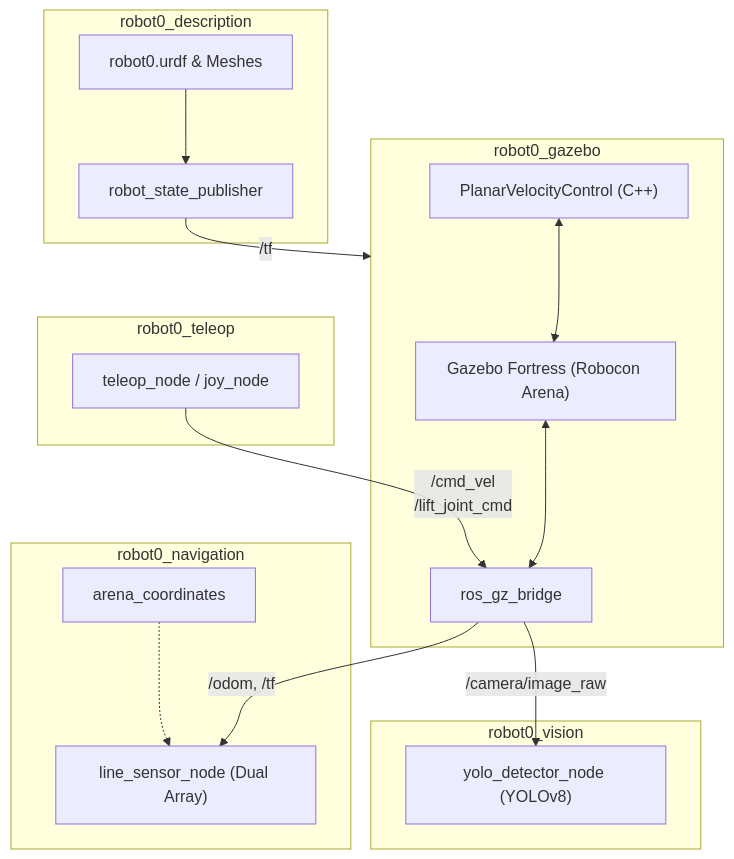
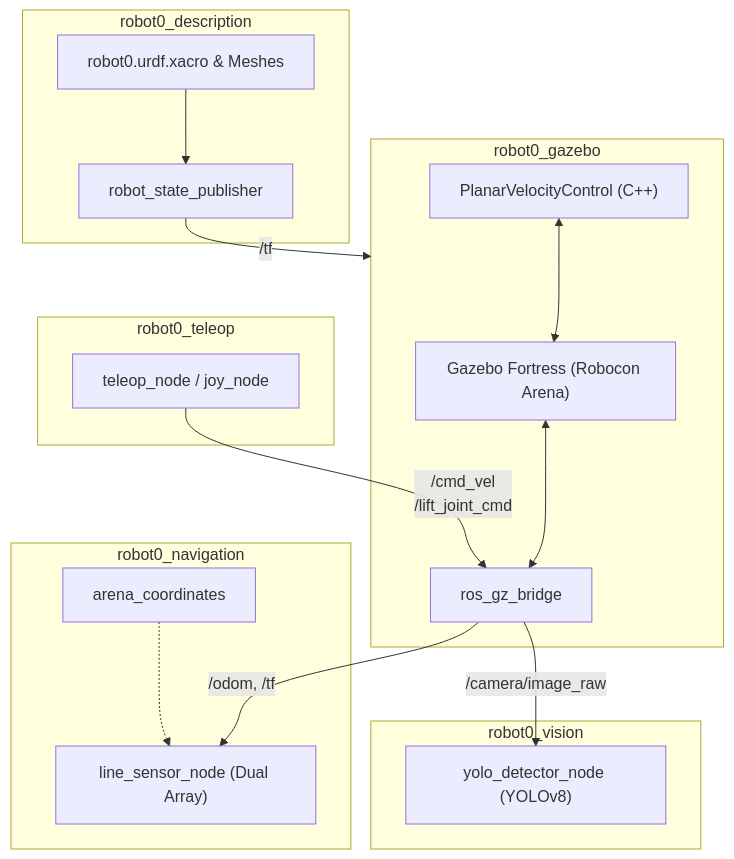
Before and after one commit to vuquan2005/da-cdt: the diagram in README.md, drawn with Mermaid. The commit also changed 25 other files, not shown here.

Commit message:
convert urdf to xacro

````diff
--- a/README.md
+++ b/README.md
@@ -9,36 +9,36 @@
 ```mermaid
 flowchart TD
     subgraph TELEOP["robot0_teleop"]
         Joy["teleop_node / joy_node"]
     end
 
     subgraph SIMULATION["robot0_gazebo"]
         GZ["Gazebo Fortress (Robocon Arena)"]
         Bridge["ros_gz_bridge"]
         Plugin["PlanarVelocityControl (C++)"]
         GZ <--> Bridge
         Plugin <--> GZ
     end
 
     subgraph VISION["robot0_vision"]
         Yolo["yolo_detector_node (YOLOv8)"]
     end
 
     subgraph NAVIGATION["robot0_navigation"]
         LineSensor["line_sensor_node (Dual Array)"]
         ArenaCoords["arena_coordinates"]
     end
 
     subgraph DESCRIPTION["robot0_description"]
-        URDF["robot0.urdf & Meshes"]
+        URDF["robot0.urdf.xacro & Meshes"]
         RSP["robot_state_publisher"]
         URDF --> RSP
     end
 
     %% Luồng điều khiển & Cảm biến
     Joy -->|"/cmd_vel<br/>/lift_joint_cmd"| Bridge
     Bridge -->|"/camera/image_raw"| Yolo
     Bridge -->|"/odom, /tf"| LineSensor
     RSP -->|"/tf"| SIMULATION
     ArenaCoords -.-> LineSensor
 ```
````
